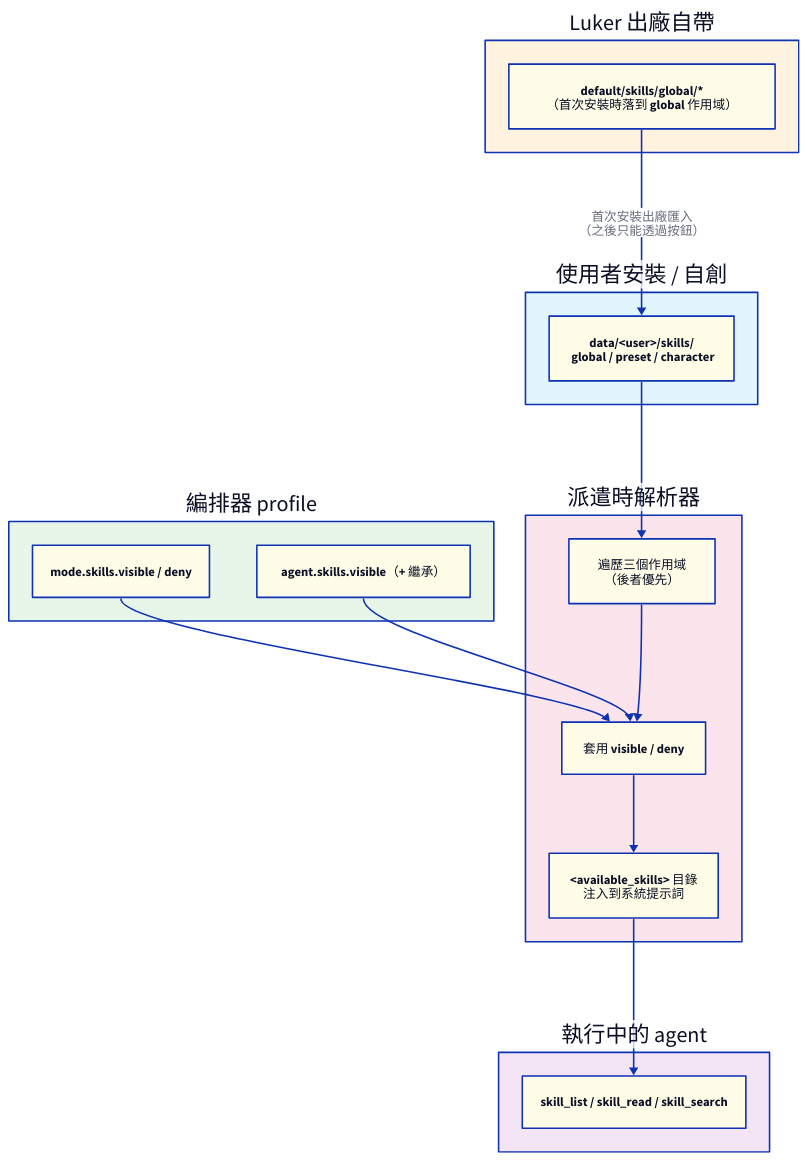
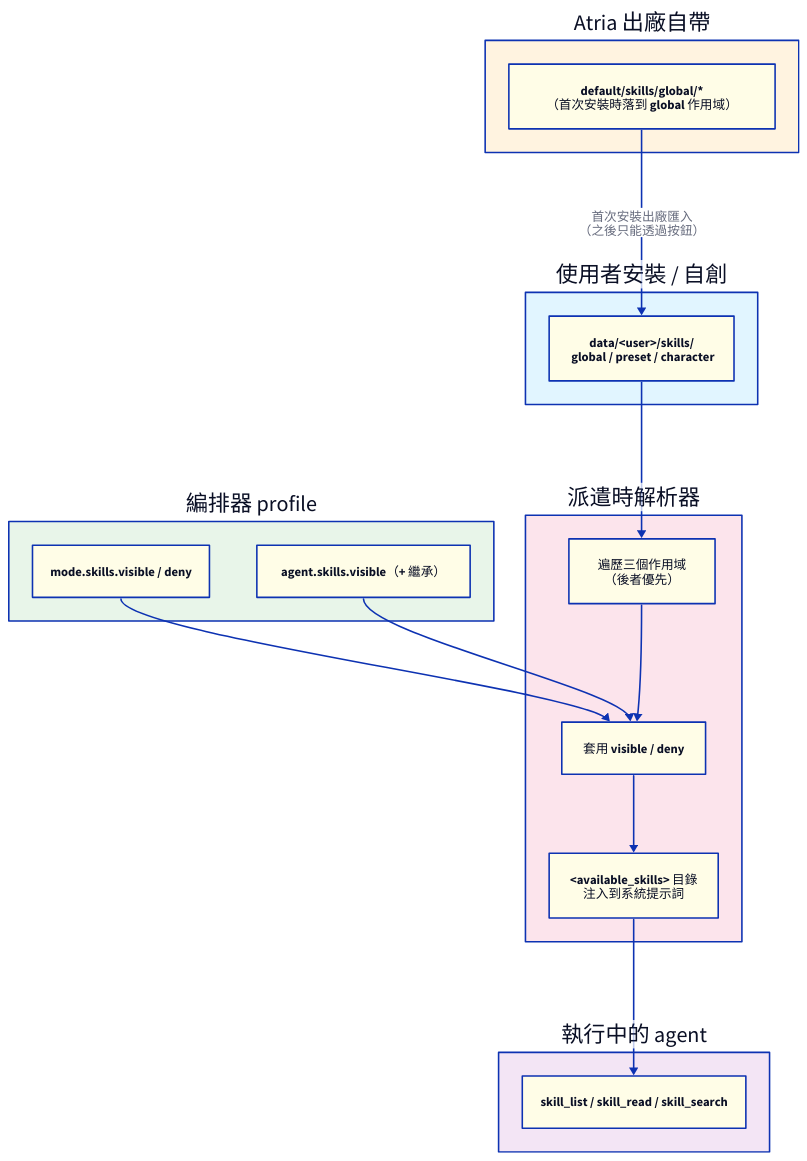
The diagram in docs/zh-TW/features/skills/index.md (ZZZdragondYNGPHX/Atria), drawn with D2 before and after one commit. The commit also changed other lines of this file and 1235 other files, not shown here.

````diff
--- a/docs/zh-TW/features/skills/index.md
+++ b/docs/zh-TW/features/skills/index.md
@@ -90,39 +90,39 @@
 ```d2
 direction: down
 
 user: "使用者安裝 / 自創" {
   style.fill: "#e1f5ff"
   fs: "data/<user>/skills/\n  global / preset / character" { style.fill: "#fffde7" }
 }
 
-bundled: "Luker 出廠自帶" {
+bundled: "Atria 出廠自帶" {
   style.fill: "#fff3e0"
   pop: "default/skills/global/*\n（首次安裝時落到 global 作用域）" { style.fill: "#fffde7" }
 }
 
 orch: "編排器 profile" {
   style.fill: "#e8f5e9"
   mode: "mode.skills.visible / deny" { style.fill: "#fffde7" }
   agent: "agent.skills.visible（+ 繼承）" { style.fill: "#fffde7" }
 }
 
 runtime: "派遣時解析器" {
   style.fill: "#fce4ec"
   walk: "遍歷三個作用域\n（後者優先）" { style.fill: "#fffde7" }
   policy: "套用 visible / deny" { style.fill: "#fffde7" }
   catalog: "<available_skills> 目錄\n注入到系統提示詞" { style.fill: "#fffde7" }
 }
 
 agent: "執行中的 agent" {
   style.fill: "#f3e5f5"
   tools: "skill_list / skill_read / skill_search" { style.fill: "#fffde7" }
 }
 
 bundled.pop -> user.fs: "首次安裝出廠匯入\n（之後只能透過按鈕）"
 user.fs -> runtime.walk
 orch.mode -> runtime.policy
 orch.agent -> runtime.policy
 runtime.walk -> runtime.policy
 runtime.policy -> runtime.catalog
 runtime.catalog -> agent.tools
 ```
````
